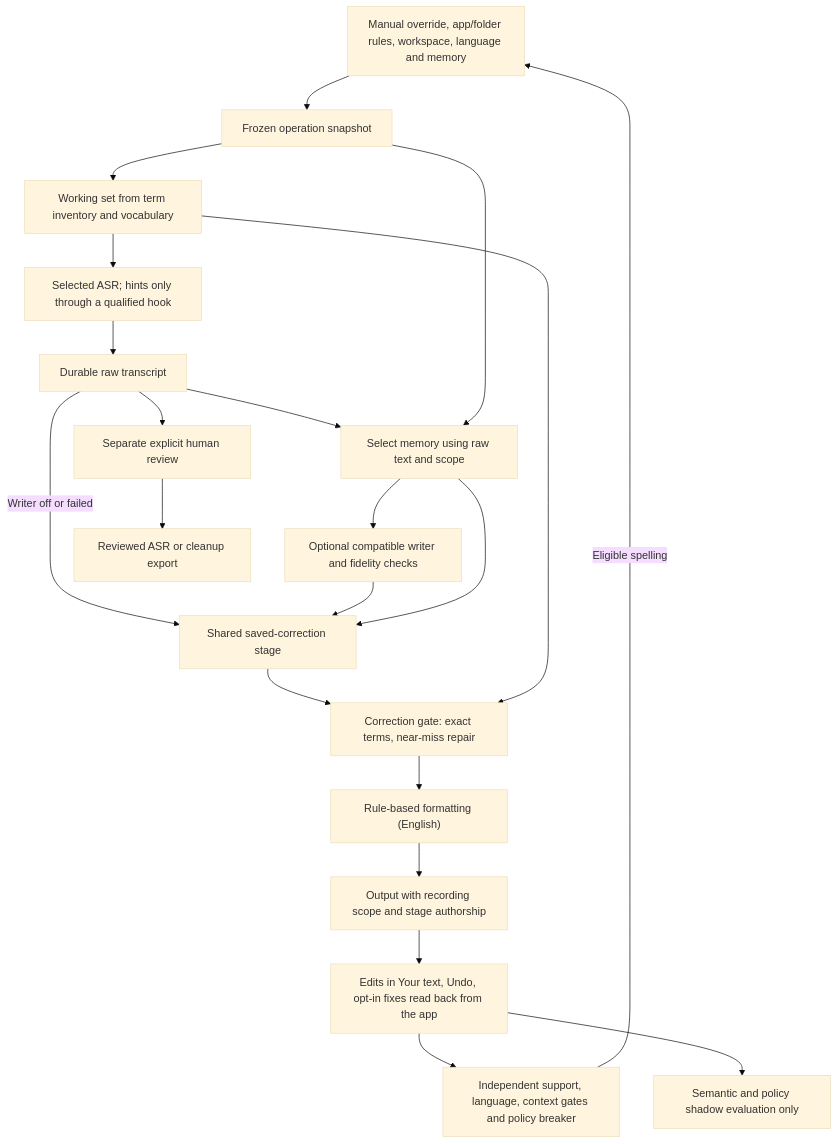
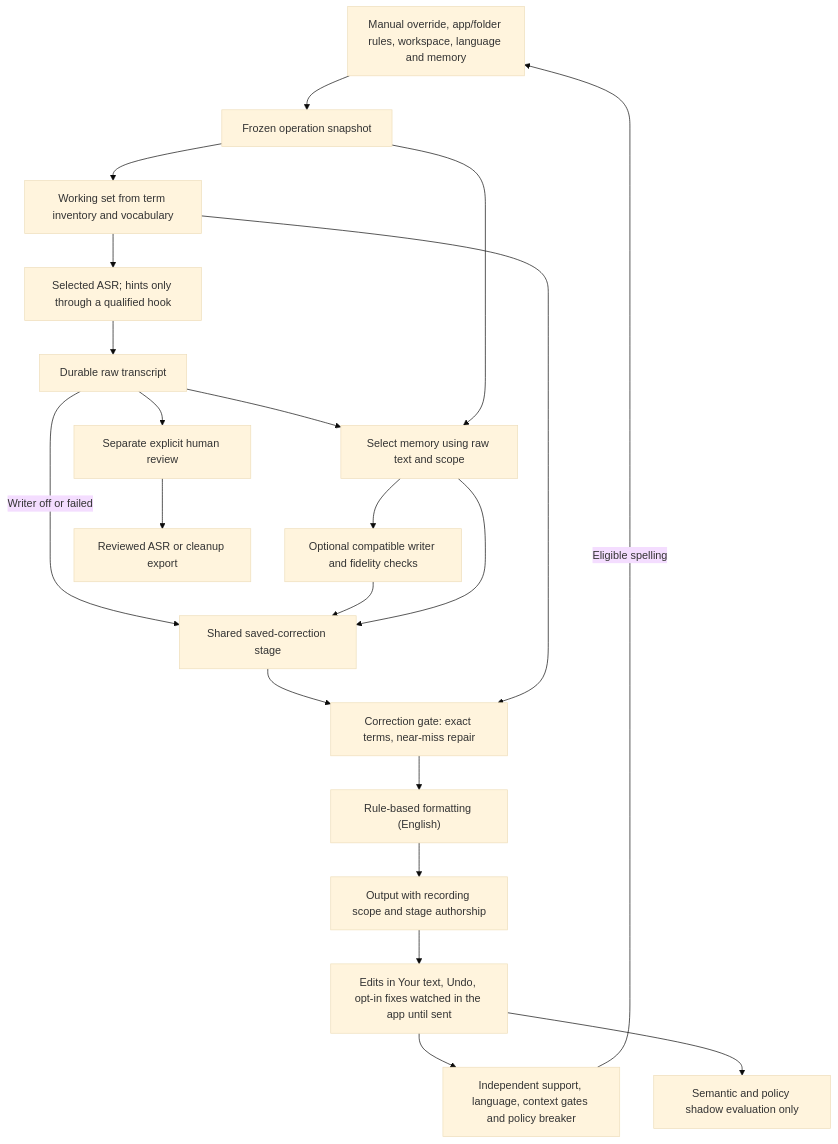
Before and after one commit to rahulsharmavishwakarma/vesper: the diagram in docs/architecture.md, drawn with Mermaid (base theme). The commit also changed 4 other files, not shown here.

First line of the commit message:
Document watching the pasted field until it is sent

````diff
--- a/docs/architecture.md
+++ b/docs/architecture.md
@@ -90,23 +90,23 @@
 ```mermaid
 flowchart TD
     P["Manual override, app/folder rules, workspace, language and memory"] --> S["Frozen operation snapshot"]
     S --> WS["Working set from term inventory and vocabulary"]
     WS --> A["Selected ASR; hints only through a qualified hook"]
     A --> R["Durable raw transcript"]
     R --> C["Select memory using raw text and scope"]
     S --> C
     C --> W["Optional compatible writer and fidelity checks"]
     R -->|"Writer off or failed"| M["Shared saved-correction stage"]
     W --> M
     C --> M
     M --> CG["Correction gate: exact terms, near-miss repair"]
     WS --> CG
     CG --> F["Rule-based formatting (English)"]
     F --> O["Output with recording scope and stage authorship"]
-    O --> E["Edits in Your text, Undo, opt-in fixes read back from the app"]
+    O --> E["Edits in Your text, Undo, opt-in fixes watched in the app until sent"]
     E --> G["Independent support, language, context gates and policy breaker"]
     G -->|"Eligible spelling"| P
     E --> Q["Semantic and policy shadow evaluation only"]
     R --> H["Separate explicit human review"]
     H --> D["Reviewed ASR or cleanup export"]
 ```
````
